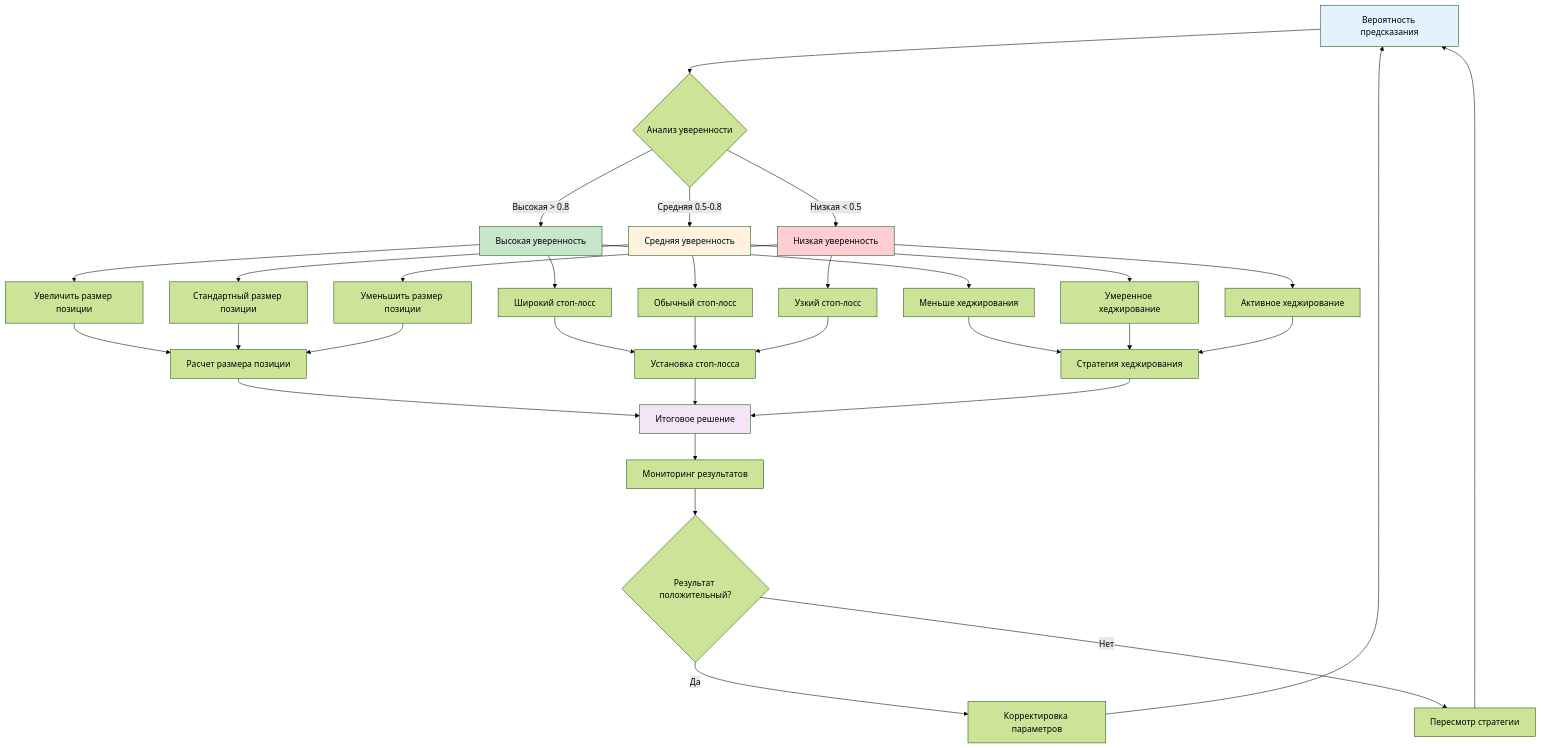
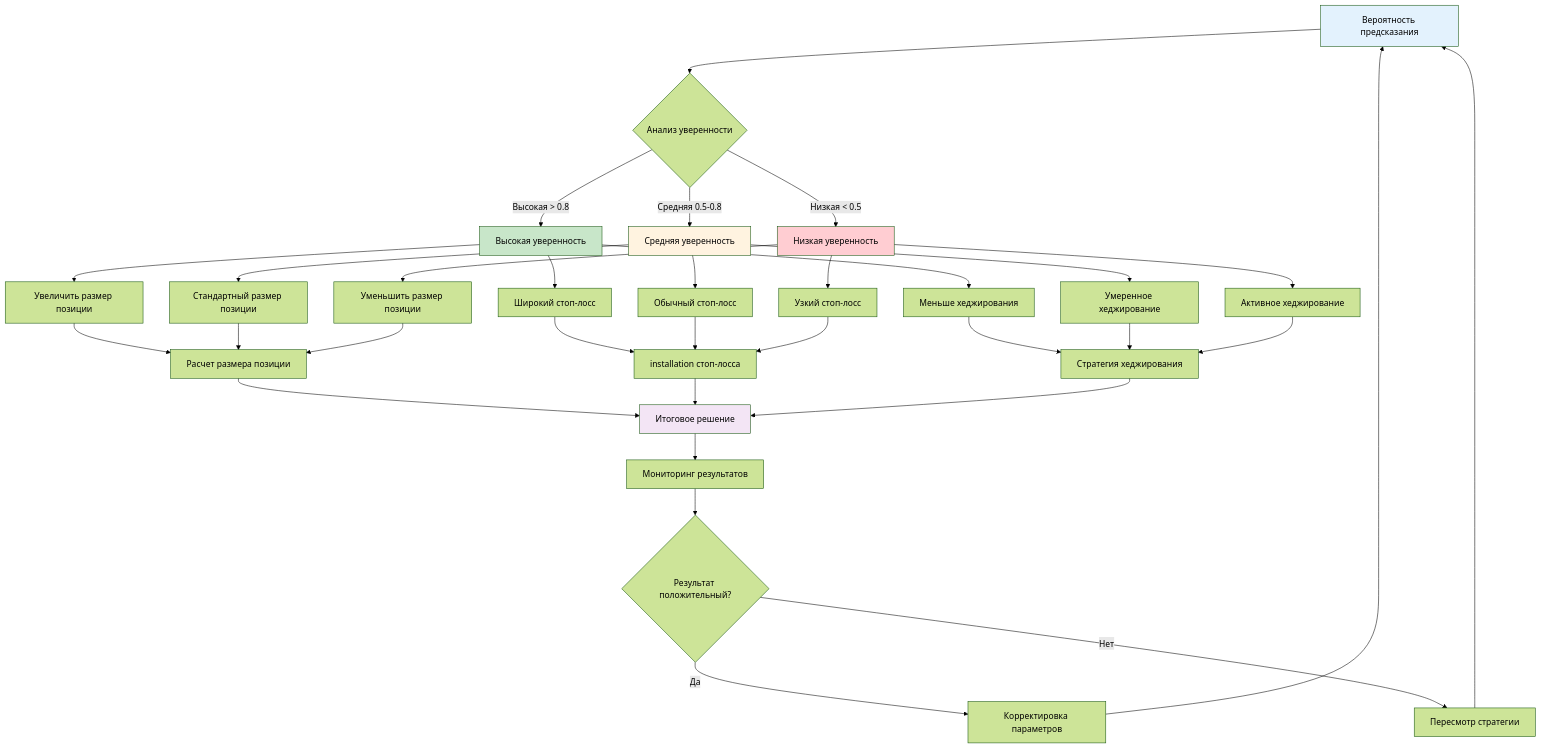
One commit to NeoZorK/neozork-hld-prediction changed the third of 8 diagrams in docs/automl/gluon/26_probability_usage_guide.md. Above: the diagram before and after it, drawn with Mermaid (forest theme). The commit also changed other lines of this file and 19 other files, not shown here.

````diff
--- a/docs/automl/gluon/26_probability_usage_guide.md
+++ b/docs/automl/gluon/26_probability_usage_guide.md
@@ -350,50 +350,50 @@
 ```mermaid
 graph TD
-    A[Вероятность предсказания] --> B{Анализ уверенности}
-    
-    B -->|Высокая > 0.8| C[Высокая уверенность]
-    B -->|Средняя 0.5-0.8| D[Средняя уверенность]
-    B -->|Низкая < 0.5| E[Низкая уверенность]
-    
-    C --> C1[Увеличить размер позиции]
-    C --> C2[Широкий стоп-лосс]
-    C --> C3[Меньше хеджирования]
-    
-    D --> D1[Стандартный размер позиции]
-    D --> D2[Обычный стоп-лосс]
-    D --> D3[Умеренное хеджирование]
-    
-    E --> E1[Уменьшить размер позиции]
-    E --> E2[Узкий стоп-лосс]
-    E --> E3[Активное хеджирование]
-    
-    C1 --> F[Расчет размера позиции]
-    C2 --> G[Установка стоп-лосса]
-    C3 --> H[Стратегия хеджирования]
-    
-    D1 --> F
-    D2 --> G
-    D3 --> H
-    
-    E1 --> F
-    E2 --> G
-    E3 --> H
-    
-    F --> I[Итоговое решение]
-    G --> I
-    H --> I
-    
-    I --> J[Мониторинг результатов]
-    J --> K{Результат положительный?}
-    K -->|Да| L[Корректировка параметров]
-    K -->|Нет| M[Пересмотр стратегии]
-    
-    L --> A
-    M --> A
-    
-    style A fill:#e3f2fd
-    style C fill:#c8e6c9
-    style D fill:#fff3e0
-    style E fill:#ffcdd2
-    style I fill:#f3e5f5
+ A[Вероятность предсказания] --> B{Анализ уверенности}
+
+ B -->|Высокая > 0.8| C[Высокая уверенность]
+ B -->|Средняя 0.5-0.8| D[Средняя уверенность]
+ B -->|Низкая < 0.5| E[Низкая уверенность]
+
+ C --> C1[Увеличить размер позиции]
+ C --> C2[Широкий стоп-лосс]
+ C --> C3[Меньше хеджирования]
+
+ D --> D1[Стандартный размер позиции]
+ D --> D2[Обычный стоп-лосс]
+ D --> D3[Умеренное хеджирование]
+
+ E --> E1[Уменьшить размер позиции]
+ E --> E2[Узкий стоп-лосс]
+ E --> E3[Активное хеджирование]
+
+ C1 --> F[Расчет размера позиции]
+ C2 --> G[installation стоп-лосса]
+ C3 --> H[Стратегия хеджирования]
+
+ D1 --> F
+ D2 --> G
+ D3 --> H
+
+ E1 --> F
+ E2 --> G
+ E3 --> H
+
+ F --> I[Итоговое решение]
+ G --> I
+ H --> I
+
+ I --> J[Мониторинг результатов]
+ J --> K{Результат положительный?}
+ K -->|Да| L[Корректировка параметров]
+ K -->|Нет| M[Пересмотр стратегии]
+
+ L --> A
+ M --> A
+
+ style A fill:#e3f2fd
+ style C fill:#c8e6c9
+ style D fill:#fff3e0
+ style E fill:#ffcdd2
+ style I fill:#f3e5f5
 ```
````
